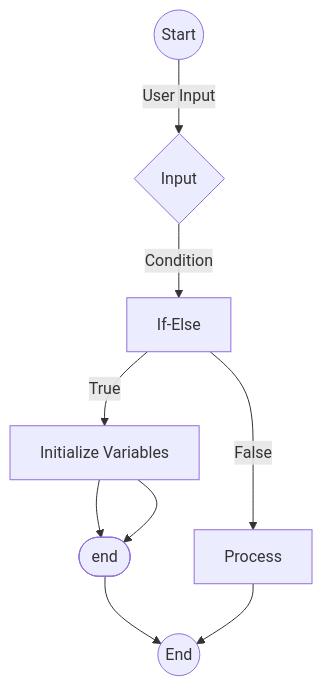
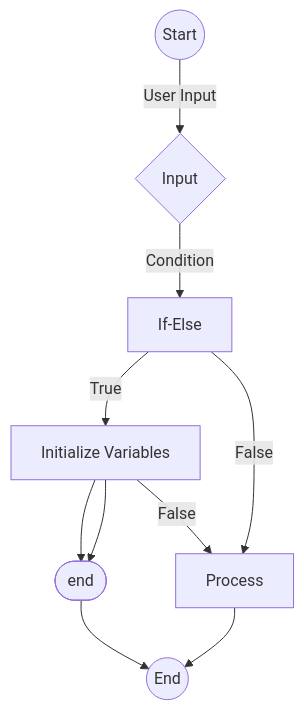
Before and after one commit to Ludis-ET/Bank-Account: the second of 2 diagrams in FoP I/flowchart.md, drawn with Mermaid. The commit also changed other lines of this file, not shown here.

Commit message:
edit the chart

````diff
--- a/FoP I/flowchart.md
+++ b/FoP I/flowchart.md
@@ -49,12 +49,13 @@
 ```mermaid
     flowchart TD;
   A((Start)) -->|User Input| B{Input}
   B -->|Condition| C[If-Else]
   C -->|True| D[Initialize Variables]
   D --> E[Initialization]
   C -->|False| F[Process]
   E --> G((End))
   F --> G((End))
   D-->E([end]);
+  D -->|False| F[Process]
 
 ```
````
